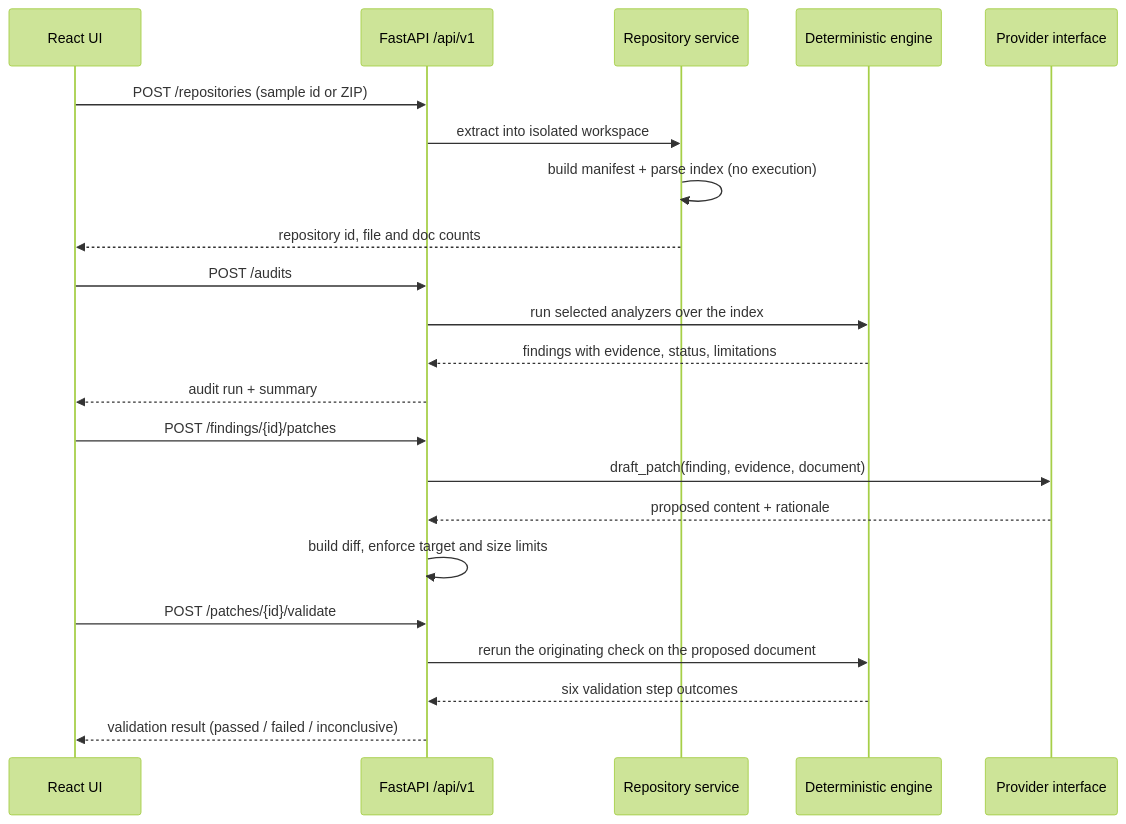
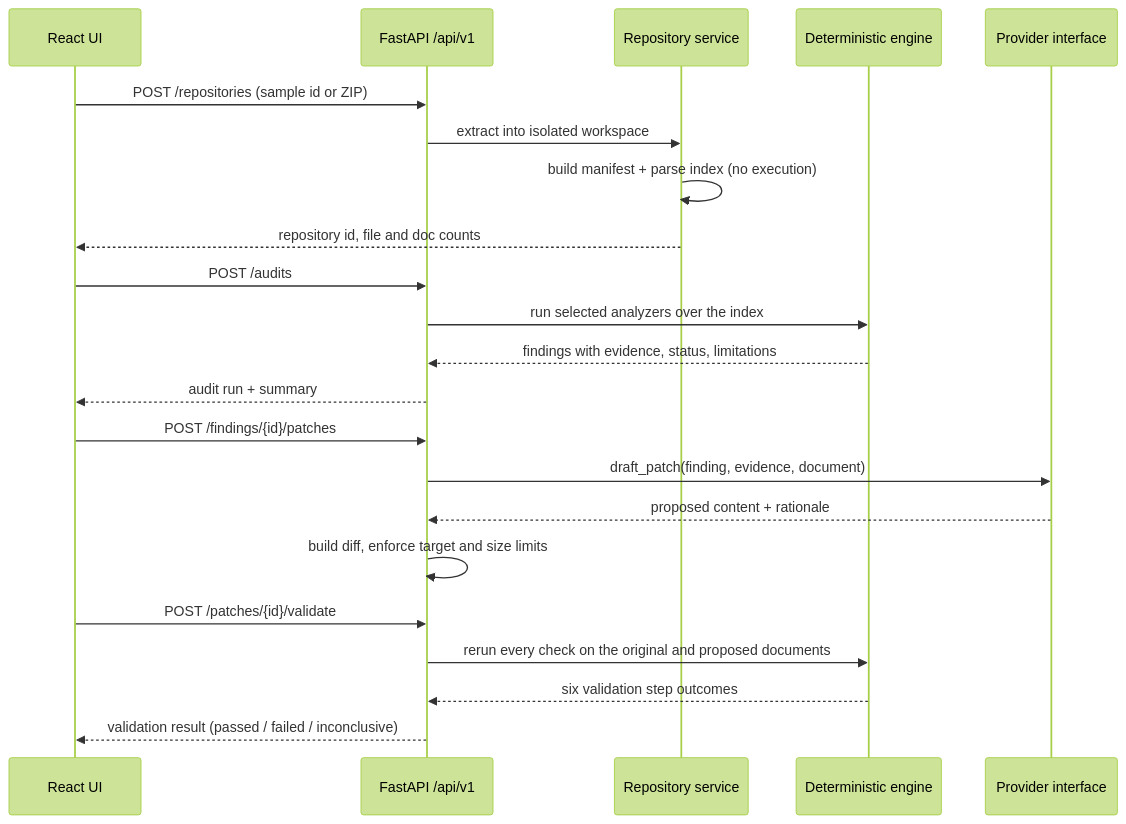
One commit to RaghavVerma99/reposcribe_An-open-source-evidence-first-documentation-reliability-agent. changed the diagram in docs/architecture.md. Above: the diagram before and after it, drawn with Mermaid (forest theme). The commit also changed other lines of this file and 8 other files, not shown here.

````diff
--- a/docs/architecture.md
+++ b/docs/architecture.md
@@ -5,24 +5,24 @@
 ```mermaid
 sequenceDiagram
     participant UI as React UI
     participant API as FastAPI /api/v1
     participant Repo as Repository service
     participant Engine as Deterministic engine
     participant Model as Provider interface
     UI->>API: POST /repositories (sample id or ZIP)
     API->>Repo: extract into isolated workspace
     Repo->>Repo: build manifest + parse index (no execution)
     Repo-->>UI: repository id, file and doc counts
     UI->>API: POST /audits
     API->>Engine: run selected analyzers over the index
     Engine-->>API: findings with evidence, status, limitations
     API-->>UI: audit run + summary
     UI->>API: POST /findings/{id}/patches
     API->>Model: draft_patch(finding, evidence, document)
     Model-->>API: proposed content + rationale
     API->>API: build diff, enforce target and size limits
     UI->>API: POST /patches/{id}/validate
-    API->>Engine: rerun the originating check on the proposed document
+    API->>Engine: rerun every check on the original and proposed documents
     Engine-->>API: six validation step outcomes
     API-->>UI: validation result (passed / failed / inconclusive)
 ```
````
